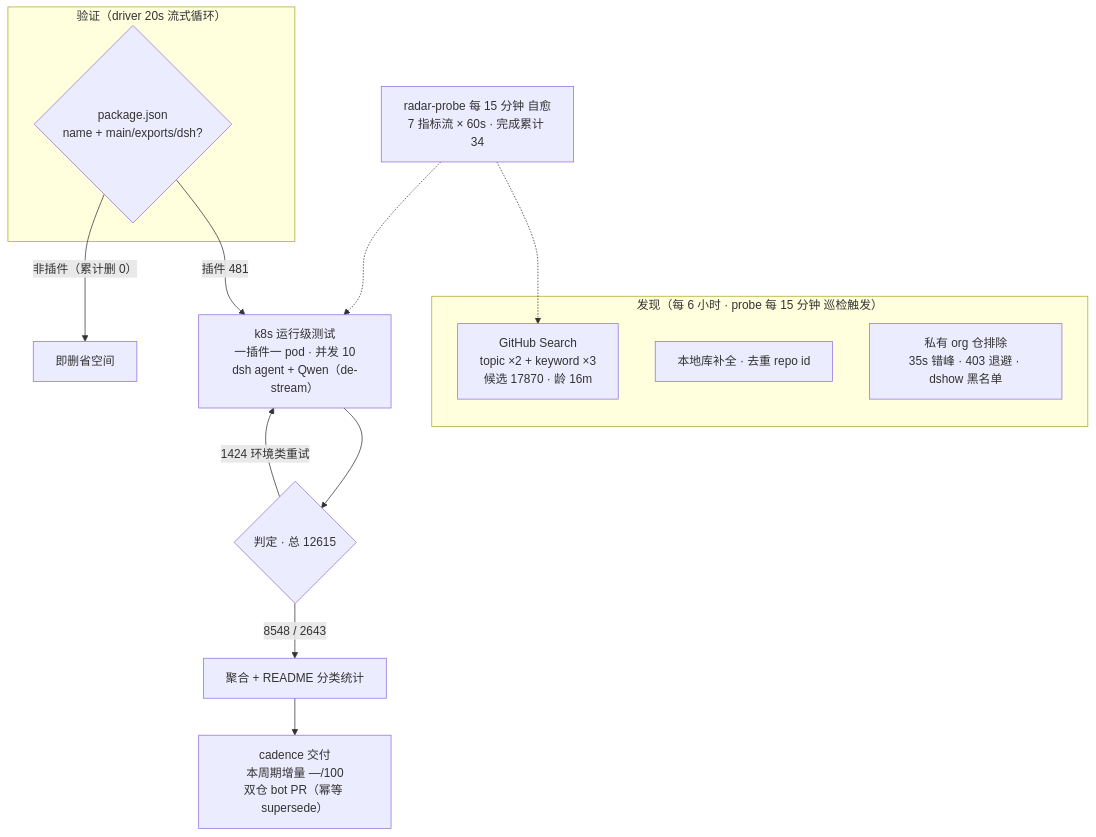
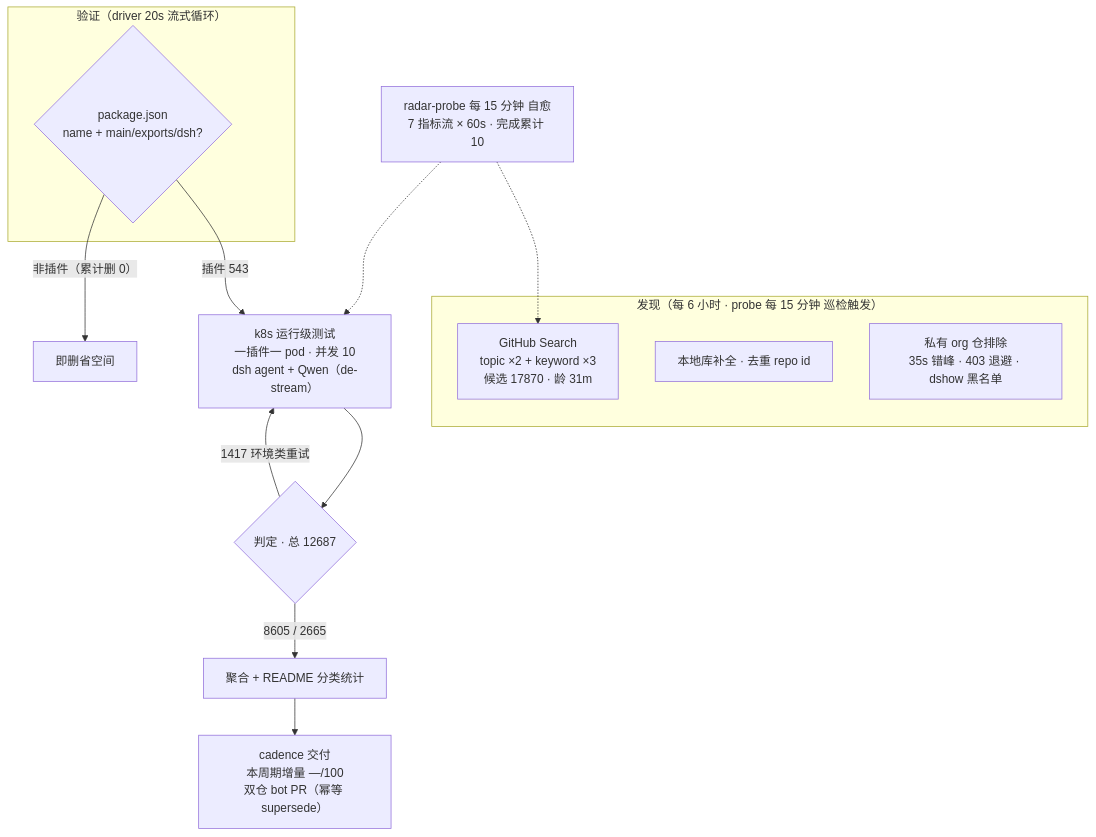
Before and after one commit to AdamPlatin123/awesome-dsh-plugins: the diagram in README.md, drawn with Mermaid. The commit also changed other lines of this file and 5 other files, not shown here.

````diff
--- a/README.md
+++ b/README.md
@@ -52,20 +52,20 @@
 ```mermaid
 flowchart TB
     subgraph Discovery["发现（每 6 小时 · probe 每 15 分钟 巡检触发）"]
-        A1["GitHub Search<br/>topic ×2 + keyword ×3<br/>候选 17870 · 龄 16m"]
+        A1["GitHub Search<br/>topic ×2 + keyword ×3<br/>候选 17870 · 龄 31m"]
         A2["本地库补全 · 去重 repo id"]
         A3["私有 org 仓排除<br/>35s 错峰 · 403 退避 · dshow 黑名单"]
     end
     subgraph Validation["验证（driver 20s 流式循环）"]
         B1{"package.json<br/>name + main/exports/dsh?"}
     end
-    B1 -->|"插件 481"| C1["k8s 运行级测试<br/>一插件一 pod · 并发 10<br/>dsh agent + Qwen（de-stream）"]
+    B1 -->|"插件 543"| C1["k8s 运行级测试<br/>一插件一 pod · 并发 10<br/>dsh agent + Qwen（de-stream）"]
     B1 -->|"非插件（累计删 0）"| B3["即删省空间"]
-    C1 --> D1{"判定 · 总 12615"}
-    D1 -->|"8548 / 2643"| E1["聚合 + README 分类统计"]
-    D1 -->|"1424 环境类重试"| C1
+    C1 --> D1{"判定 · 总 12687"}
+    D1 -->|"8605 / 2665"| E1["聚合 + README 分类统计"]
+    D1 -->|"1417 环境类重试"| C1
     E1 --> E2["cadence 交付<br/>本周期增量 —/100<br/>双仓 bot PR（幂等 supersede）"]
-    M["radar-probe 每 15 分钟 自愈<br/>7 指标流 × 60s · 完成累计 34"]
+    M["radar-probe 每 15 分钟 自愈<br/>7 指标流 × 60s · 完成累计 10"]
     M -.-> A1
     M -.-> C1
 ```
````
